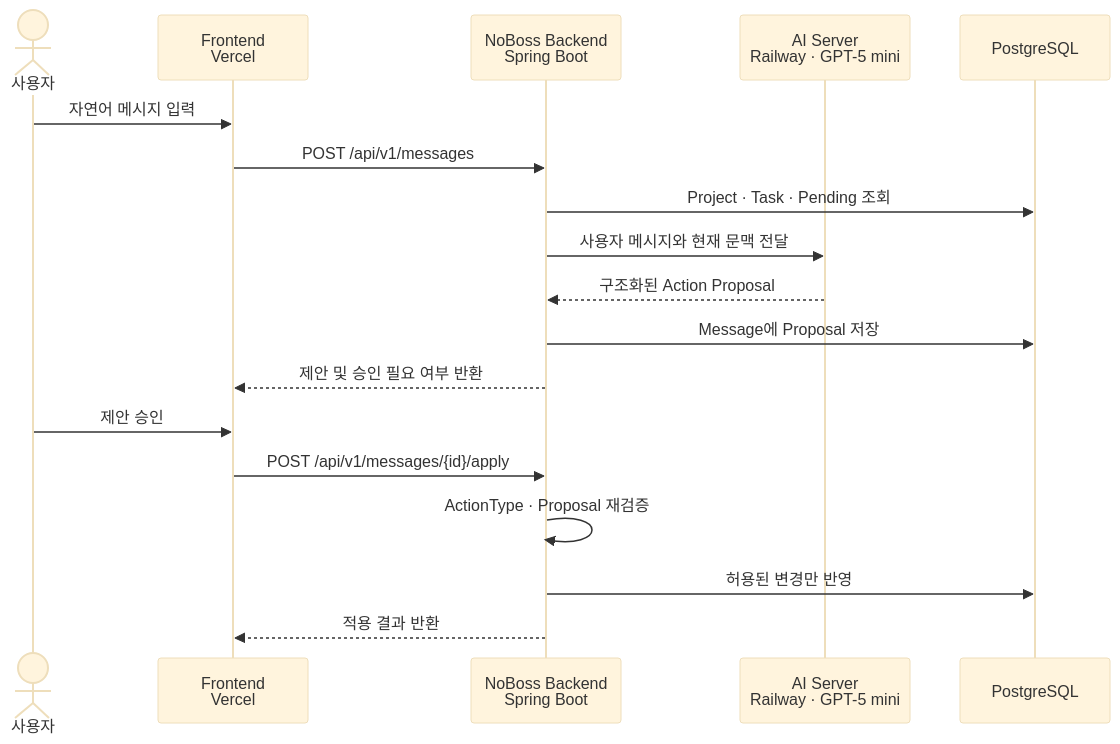
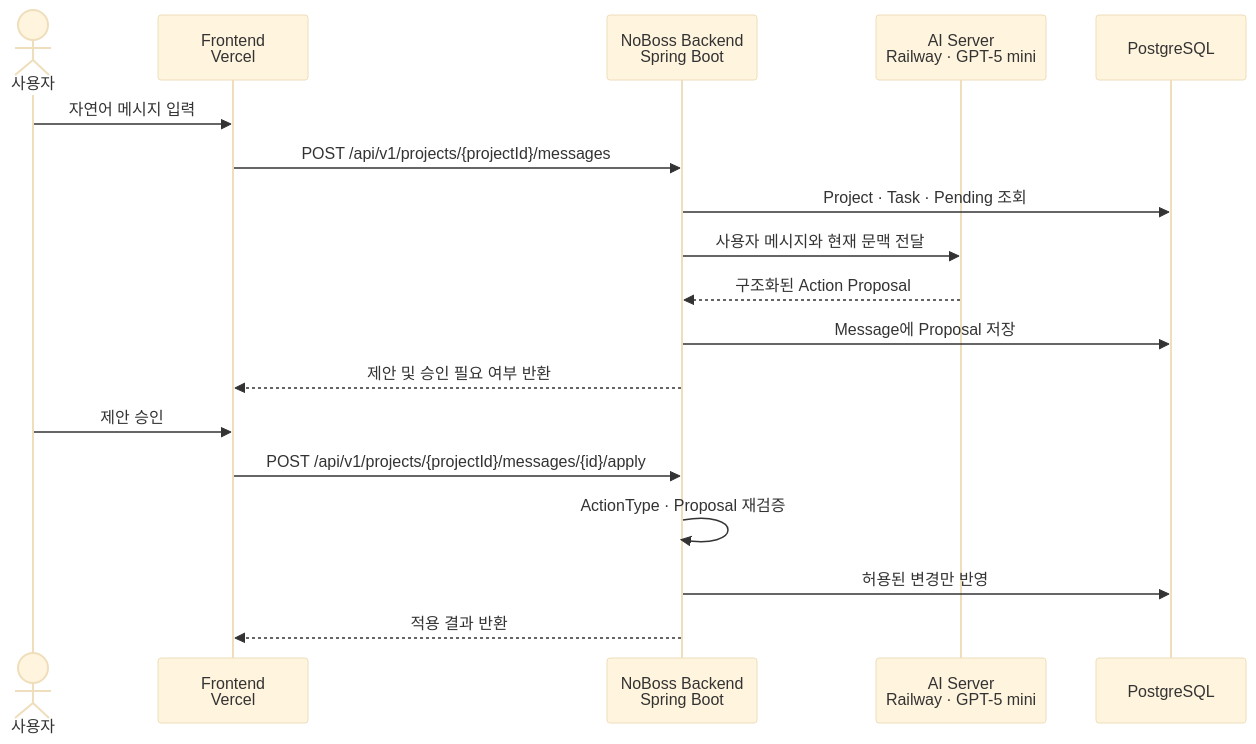
One commit to SSU-UNITHON-2026/NoBoss-BE changed the first of 2 diagrams in README.md. Above: the diagram before and after it, drawn with Mermaid (base theme). The commit also changed other lines of this file, not shown here.

Commit message:
docs: 프로젝트별 Task 및 Message API 반영

````diff
--- a/README.md
+++ b/README.md
@@ -53,21 +53,21 @@
 ```mermaid
 sequenceDiagram
     actor User as 사용자
     participant FE as Frontend<br/>Vercel
     participant BE as NoBoss Backend<br/>Spring Boot
     participant AI as AI Server<br/>Railway · GPT-5 mini
     participant DB as PostgreSQL
 
     User->>FE: 자연어 메시지 입력
-    FE->>BE: POST /api/v1/messages
+    FE->>BE: POST /api/v1/projects/{projectId}/messages
     BE->>DB: Project · Task · Pending 조회
     BE->>AI: 사용자 메시지와 현재 문맥 전달
     AI-->>BE: 구조화된 Action Proposal
     BE->>DB: Message에 Proposal 저장
     BE-->>FE: 제안 및 승인 필요 여부 반환
     User->>FE: 제안 승인
-    FE->>BE: POST /api/v1/messages/{id}/apply
+    FE->>BE: POST /api/v1/projects/{projectId}/messages/{id}/apply
     BE->>BE: ActionType · Proposal 재검증
     BE->>DB: 허용된 변경만 반영
     BE-->>FE: 적용 결과 반환
 ```
````
